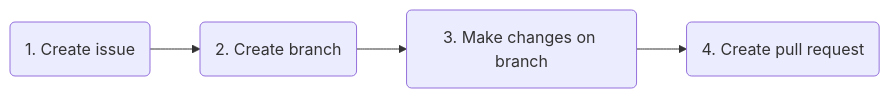
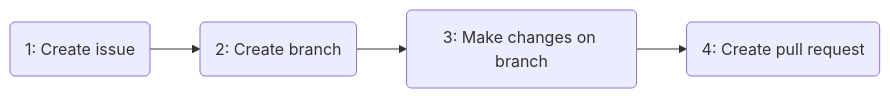
The third of 3 diagrams in README.md (microbiomedata/docs), drawn with Mermaid before and after one commit.

Commit message:
Replace period with colon to avoid Mermaid parsing as Markdown list

````diff
--- a/README.md
+++ b/README.md
@@ -118,12 +118,9 @@
 ```mermaid
 flowchart LR
-    %% Note: The labels are not wrapped in quotes. When wrapped in quotes, GitHub interprets them as
-    %%       Markdown list items, which Mermaid does not allow in its diagrams.
-    %%       Reference: https://github.com/mermaid-js/mermaid/issues/6099
-    a(1. Create issue)
-    b(2. Create branch)
-    c(3. Make changes on branch)
-    d(4. Create pull request)
+    a("1: Create issue")
+    b("2: Create branch")
+    c("3: Make changes on branch")
+    d("4: Create pull request")
 
     a --> b --> c --> d
 ```
````
